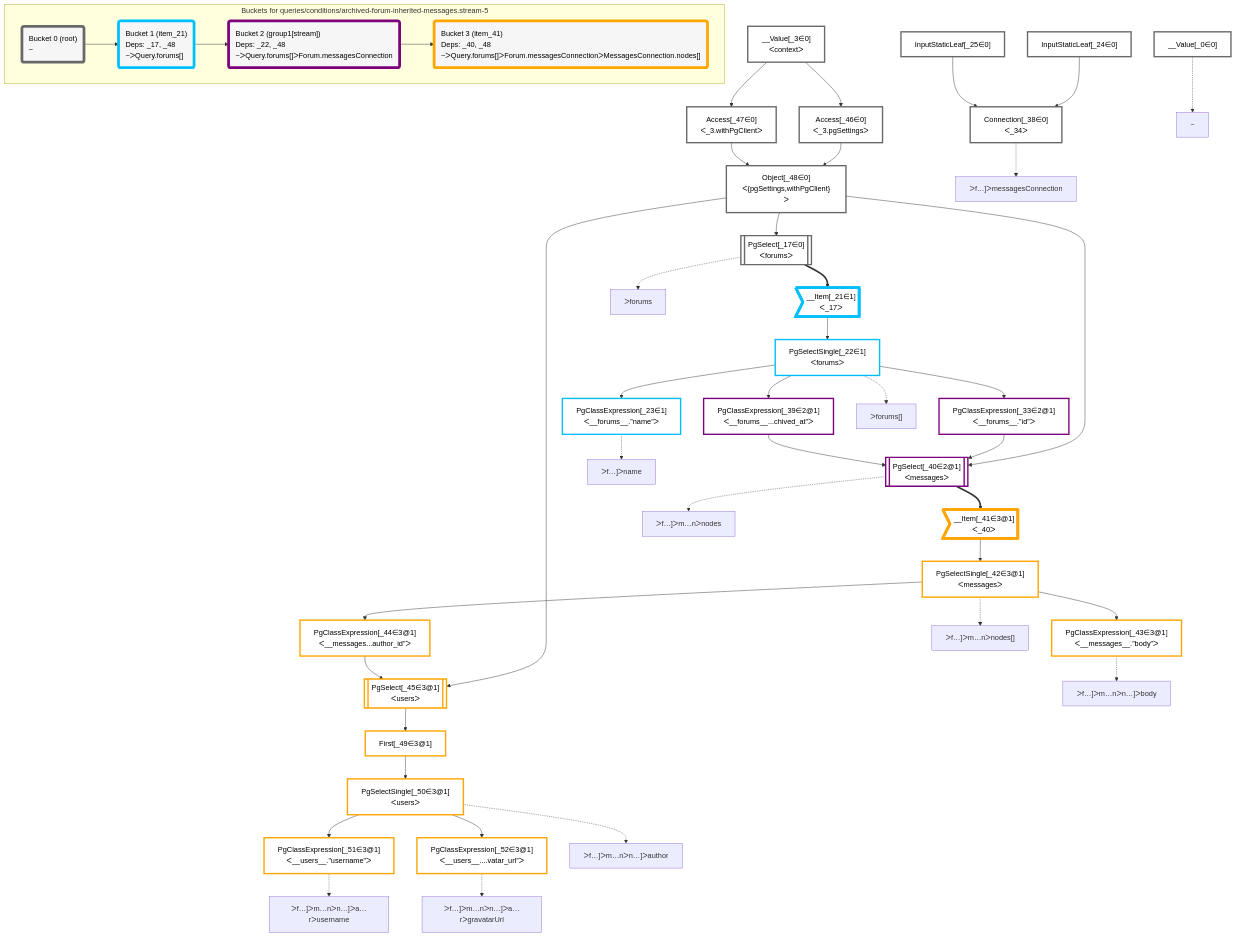
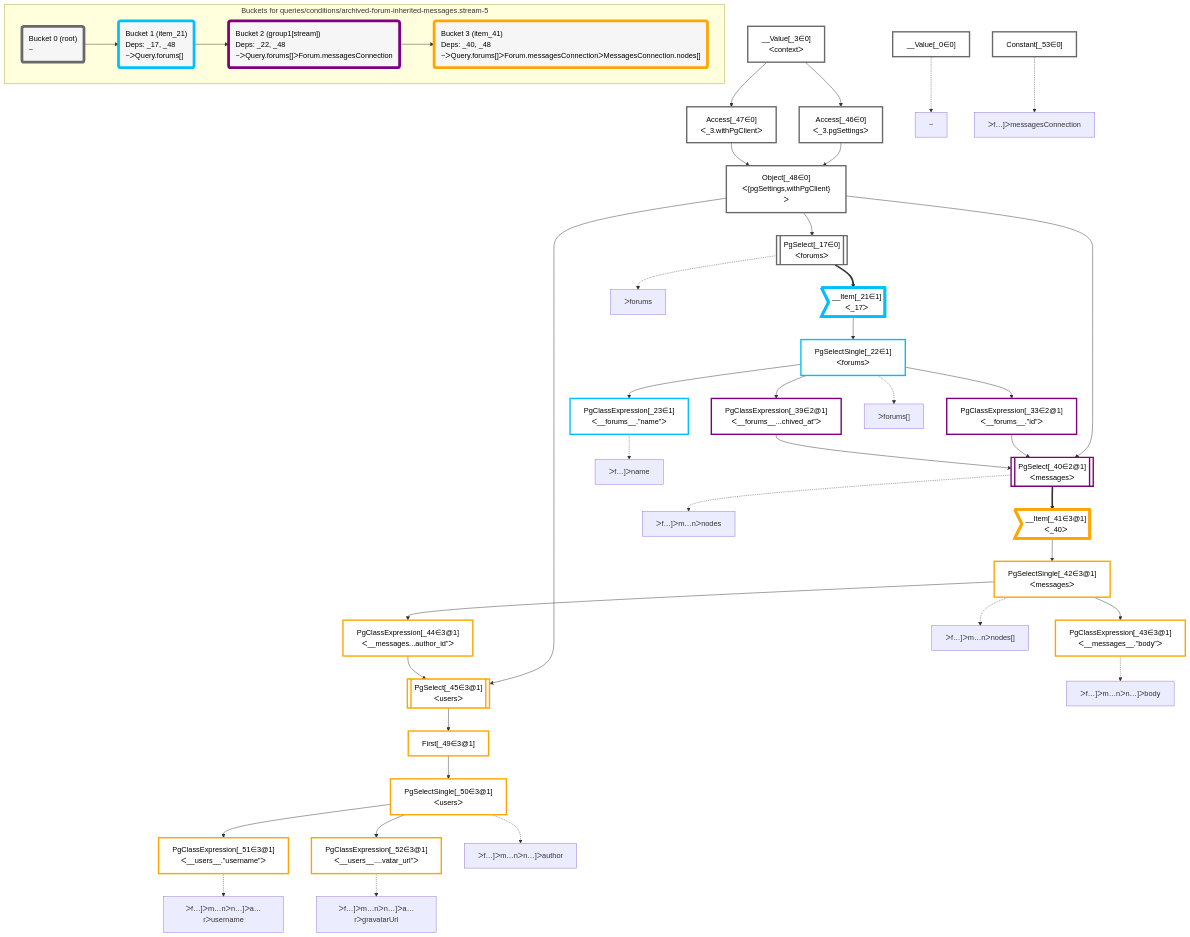
One commit to graphile/crystal changed the diagram in packages/dataplan-pg/__tests__/queries/conditions/archived-forum-inherited-messages.stream-5.deopt.mermaid.md. Above: the diagram before and after it, drawn with Mermaid. The commit also changed 57 other files, not shown here.

```diff
--- a/packages/dataplan-pg/__tests__/queries/conditions/archived-forum-inherited-messages.stream-5.deopt.mermaid.md
+++ b/packages/dataplan-pg/__tests__/queries/conditions/archived-forum-inherited-messages.stream-5.deopt.mermaid.md
@@ -29,9 +29,7 @@
     Access_46["Access[_46∈0]<br />ᐸ_3.pgSettingsᐳ"]:::plan
     Access_47["Access[_47∈0]<br />ᐸ_3.withPgClientᐳ"]:::plan
     __Value_3["__Value[_3∈0]<br />ᐸcontextᐳ"]:::plan
-    Connection_38["Connection[_38∈0]<br />ᐸ_34ᐳ"]:::plan
-    InputStaticLeaf_24["InputStaticLeaf[_24∈0]"]:::plan
-    InputStaticLeaf_25["InputStaticLeaf[_25∈0]"]:::plan
+    Constant_53["Constant[_53∈0]"]:::plan
 
     %% plan dependencies
     PgSelectSingle_22 --> PgClassExpression_23
@@ -53,7 +51,6 @@
     Access_46 & Access_47 --> Object_48
     __Value_3 --> Access_46
     __Value_3 --> Access_47
-    InputStaticLeaf_24 & InputStaticLeaf_25 --> Connection_38
 
     %% plan-to-path relationships
     P_0["~"]
@@ -64,8 +61,6 @@
     PgSelectSingle_22 -.-> P_22
     P_23["ᐳf…]ᐳname"]
     PgClassExpression_23 -.-> P_23
-    P_38["ᐳf…]ᐳmessagesConnection"]
-    Connection_38 -.-> P_38
     P_40["ᐳf…]ᐳm…nᐳnodes"]
     PgSelect_40 -.-> P_40
     P_42["ᐳf…]ᐳm…nᐳnodes[]"]
@@ -78,11 +73,13 @@
     PgClassExpression_51 -.-> P_51
     P_52["ᐳf…]ᐳm…nᐳn…]ᐳa…rᐳgravatarUrl"]
     PgClassExpression_52 -.-> P_52
+    P_53["ᐳf…]ᐳmessagesConnection"]
+    Constant_53 -.-> P_53
 
     subgraph "Buckets for queries/conditions/archived-forum-inherited-messages.stream-5"
     Bucket0("Bucket 0 (root)<br />~"):::bucket
     classDef bucket0 stroke:#696969
-    class Bucket0,__Value_0,__Value_3,PgSelect_17,InputStaticLeaf_24,InputStaticLeaf_25,Connection_38,Access_46,Access_47,Object_48 bucket0
+    class Bucket0,__Value_0,__Value_3,PgSelect_17,Access_46,Access_47,Object_48,Constant_53 bucket0
     Bucket1("Bucket 1 (item_21)<br />Deps: _17, _48<br />~ᐳQuery.forums[]"):::bucket
     classDef bucket1 stroke:#00bfff
     class Bucket1,__Item_21,PgSelectSingle_22,PgClassExpression_23 bucket1
```
